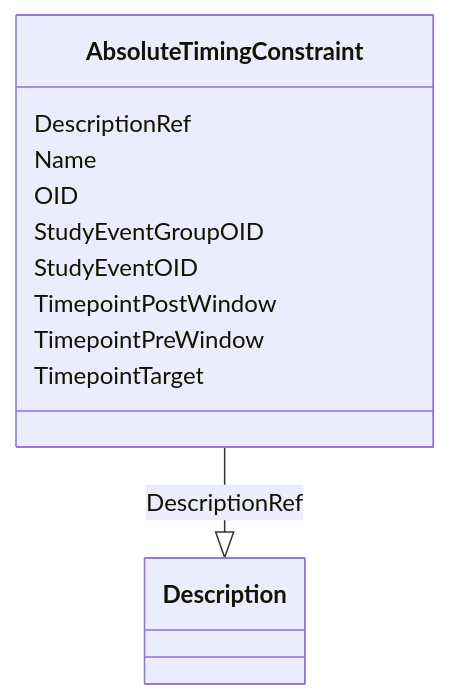
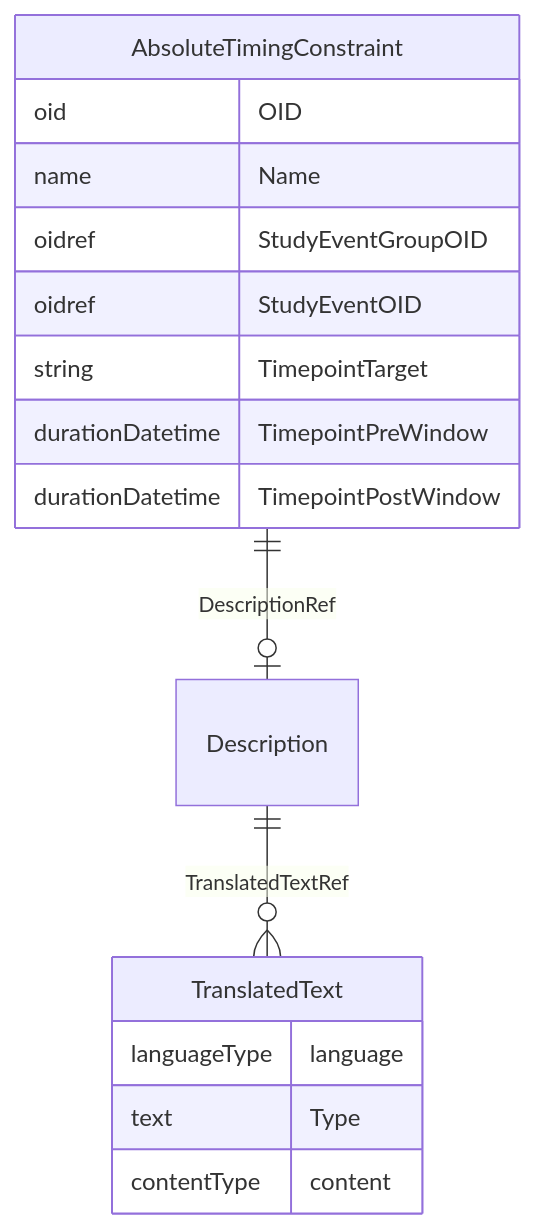
One commit to cdisc-org/DataExchange-ODM-LinkML changed the diagram in docs/AbsoluteTimingConstraint.md. Above: the diagram before and after it, drawn with Mermaid. The commit also changed other lines of this file and 181 other files, not shown here.

Commit message:
ER diagrams working via templates and removing names with underscores

````diff
--- a/docs/AbsoluteTimingConstraint.md
+++ b/docs/AbsoluteTimingConstraint.md
@@ -14,23 +11,24 @@
 ```mermaid
- classDiagram
-    class AbsoluteTimingConstraint
-      AbsoluteTimingConstraint : DescriptionRef
-        
-          AbsoluteTimingConstraint --|> Description : DescriptionRef
-        
-      AbsoluteTimingConstraint : Name
-        
-      AbsoluteTimingConstraint : OID
-        
-      AbsoluteTimingConstraint : StudyEventGroupOID
-        
-      AbsoluteTimingConstraint : StudyEventOID
-        
-      AbsoluteTimingConstraint : TimepointPostWindow
-        
-      AbsoluteTimingConstraint : TimepointPreWindow
-        
-      AbsoluteTimingConstraint : TimepointTarget
-        
-      
+erDiagram
+AbsoluteTimingConstraint {
+    oid OID  
+    name Name  
+    oidref StudyEventGroupOID  
+    oidref StudyEventOID  
+    string TimepointTarget  
+    durationDatetime TimepointPreWindow  
+    durationDatetime TimepointPostWindow  
+}
+Description {
+
+}
+TranslatedText {
+    languageType language  
+    text Type  
+    contentType content  
+}
+
+AbsoluteTimingConstraint ||--|o Description : "DescriptionRef"
+Description ||--}o TranslatedText : "TranslatedTextRef"
+
 ```
````
